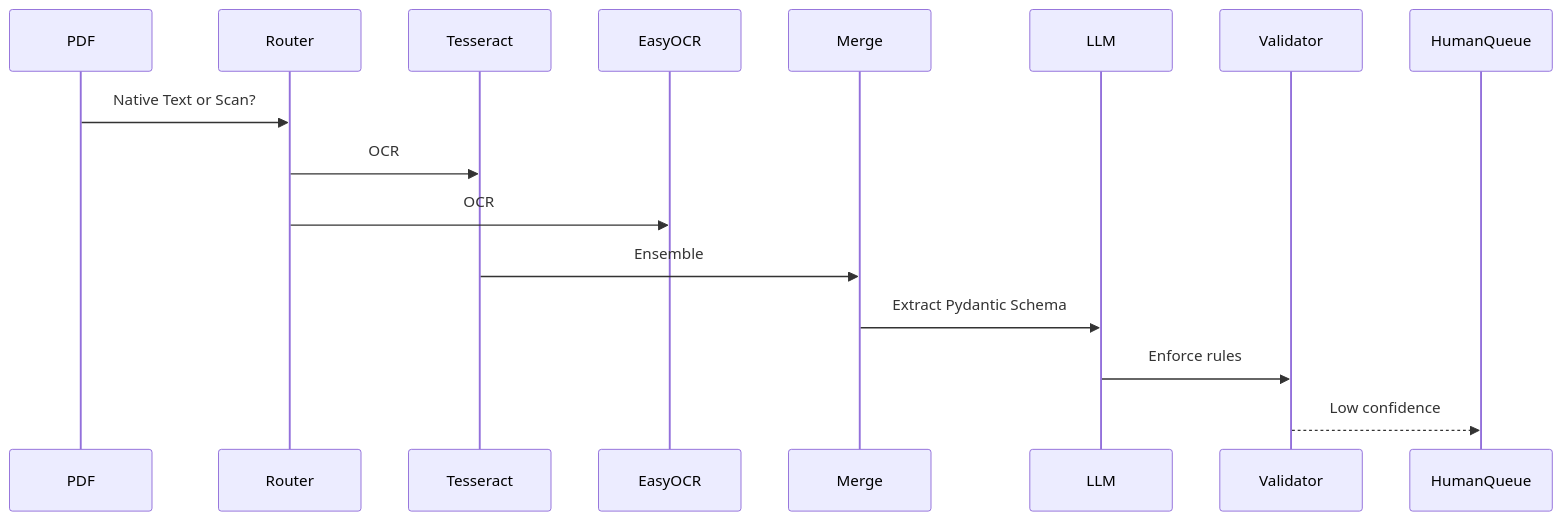
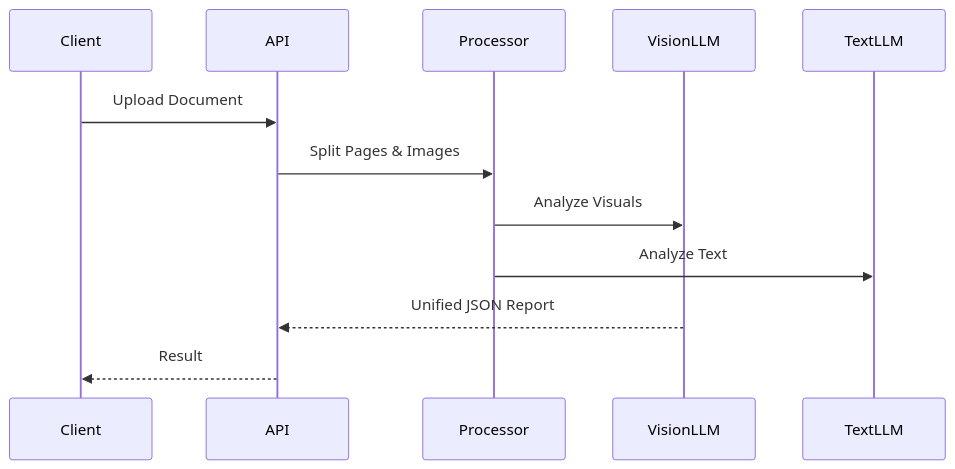
Before and after one commit to SumitDalavi/multimodal-document-processor: the diagram in docs/architecture.md, drawn with Mermaid. The commit also changed other lines of this file and 1 other file, not shown here.

Commit message:
docs: implement detailed README and architecture docs

````diff
--- a/docs/architecture.md
+++ b/docs/architecture.md
@@ -6,10 +6,9 @@
 ```mermaid
 sequenceDiagram
-PDF->>Router: Native Text or Scan?
-Router->>Tesseract: OCR
-Router->>EasyOCR: OCR
-Tesseract->>Merge: Ensemble
-Merge->>LLM: Extract Pydantic Schema
-LLM->>Validator: Enforce rules
-Validator-->>HumanQueue: Low confidence
+    Client->>API: Upload Document
+API->>Processor: Split Pages & Images
+Processor->>VisionLLM: Analyze Visuals
+Processor->>TextLLM: Analyze Text
+VisionLLM-->>API: Unified JSON Report
+API-->>Client: Result
 ```
````
